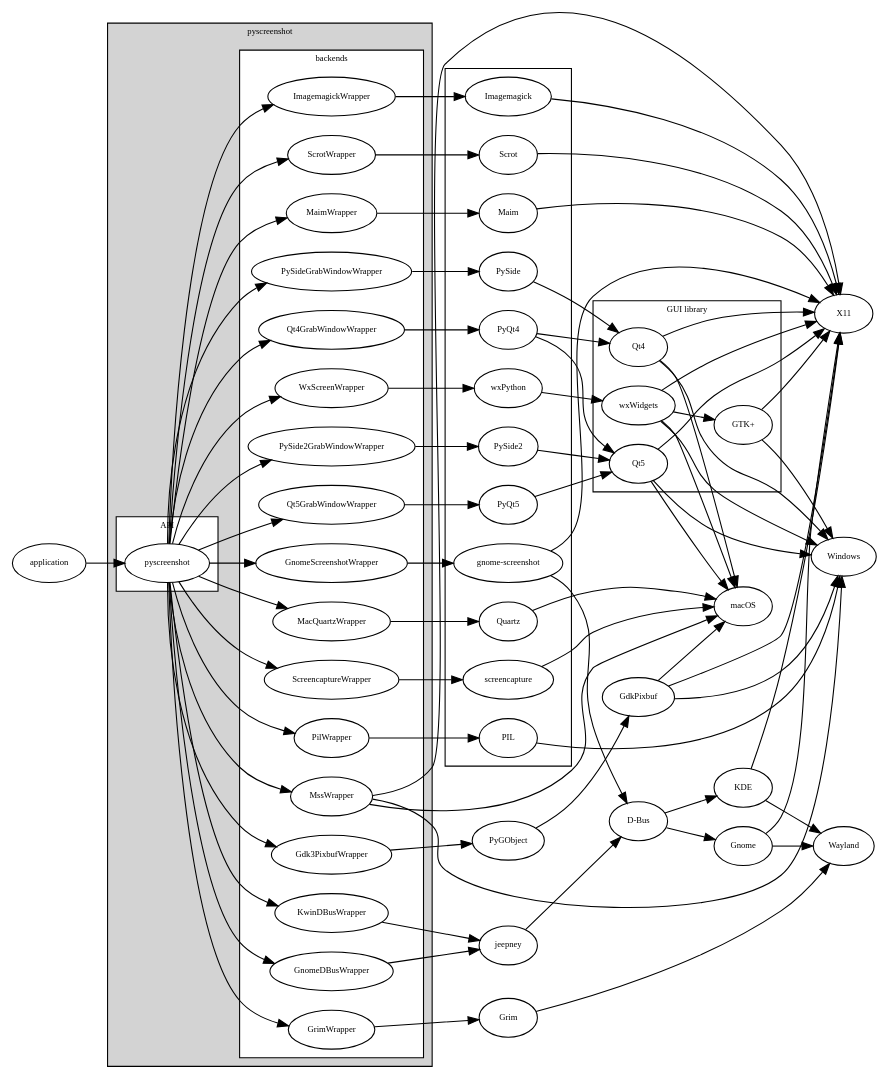
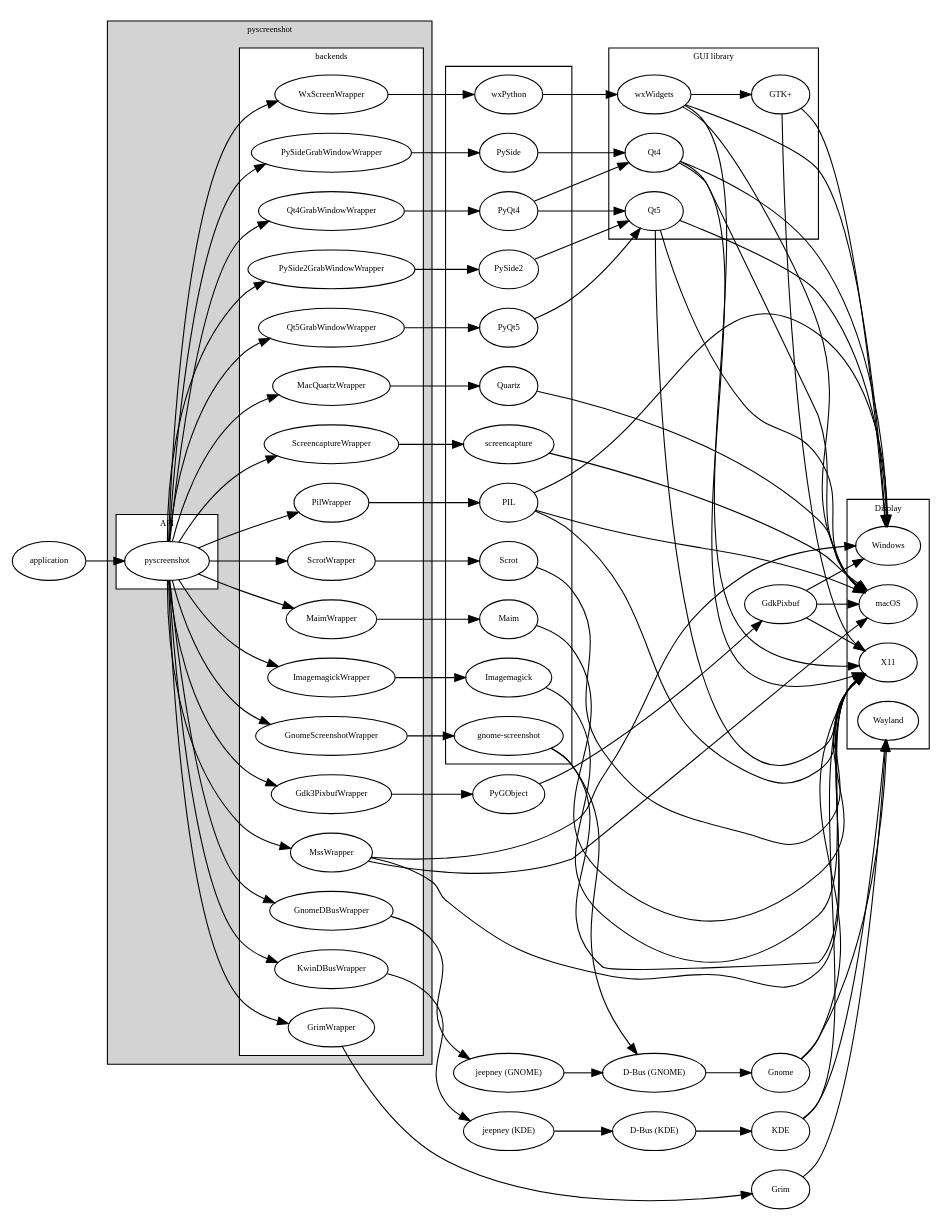
Before and after one commit to ponty/pyscreenshot: the diagram in doc/hierarchy.dot, drawn with Graphviz.

Commit message:
doc: fix hierarchy

```diff
--- a/doc/hierarchy.dot
+++ b/doc/hierarchy.dot
@@ -1,124 +1,133 @@
 digraph G {
     rankdir=LR;
     node [fontsize=8];
     fontsize=8;
 
     subgraph cluster_0 {
         label = "pyscreenshot";
         style=filled;
         fillcolor=lightgrey;
         subgraph cluster_1 {
             label = "API";
             style=filled;
             fillcolor=white;
 
             pyscreenshot;
         }
         subgraph cluster_2 {
             style=filled;
             fillcolor=white;
             label = "backends";
 
             pyscreenshot -> Qt4GrabWindowWrapper;
             pyscreenshot -> Qt5GrabWindowWrapper;
             pyscreenshot -> PySideGrabWindowWrapper;
             pyscreenshot -> PySide2GrabWindowWrapper;
             pyscreenshot -> PilWrapper;
             pyscreenshot -> ImagemagickWrapper;
             pyscreenshot -> WxScreenWrapper;
             pyscreenshot -> ScrotWrapper;
             pyscreenshot -> MaimWrapper;
             pyscreenshot -> MacQuartzWrapper
             pyscreenshot -> ScreencaptureWrapper
             pyscreenshot -> Gdk3PixbufWrapper
             pyscreenshot -> GnomeScreenshotWrapper
             pyscreenshot -> GnomeDBusWrapper
             pyscreenshot -> KwinDBusWrapper
             pyscreenshot -> MssWrapper
             pyscreenshot -> GrimWrapper;
         }
     }
     subgraph cluster_3 {
         PIL;
         wxPython;
         PyQt4;
         PyQt5;
         PySide;
         PySide2;
         screencapture;
         Quartz;
         Scrot;
         Maim;
         Imagemagick;
         "gnome-screenshot";
     }
     subgraph cluster_4 {
         label = "GUI library";
         Qt4;
         Qt5;
         wxWidgets;
         "GTK+";
     }
-
+    subgraph cluster_5 {
+        label = "Display";
+        Windows;
+        macOS;
+        X11;
+        Wayland;
+    }
     Qt4GrabWindowWrapper -> PyQt4 -> Qt4;
     PyQt4 -> Qt5;
     Qt5GrabWindowWrapper -> PyQt5 -> Qt5;
     PySideGrabWindowWrapper -> PySide -> Qt4;
     PySide2GrabWindowWrapper -> PySide2 -> Qt5;
     
     Qt4 -> macOS;
     Qt4 -> Windows;
     Qt4 -> X11;
     Qt5 -> macOS;
     Qt5 -> Windows;
     Qt5 -> X11;
 
     PilWrapper -> PIL -> Windows;
+    PIL -> macOS;
+    PIL -> X11;
     ImagemagickWrapper -> Imagemagick -> X11;
     ScrotWrapper -> Scrot -> X11;
     MaimWrapper -> Maim -> X11;
 
     Gnome -> Wayland;
     Gnome -> X11;
     KDE -> Wayland;
     KDE -> X11;
 
-    "D-Bus" -> Gnome;
-    "D-Bus" -> KDE;
+    "D-Bus (GNOME)" -> Gnome;
+    "D-Bus (KDE)" -> KDE;
 
-    jeepney-> "D-Bus";
+    "jeepney (GNOME)"-> "D-Bus (GNOME)";
+    "jeepney (KDE)"-> "D-Bus (KDE)";
 
     GnomeScreenshotWrapper -> "gnome-screenshot";
     "gnome-screenshot" -> X11;
-    "gnome-screenshot" -> "D-Bus";
+    "gnome-screenshot" -> "D-Bus (GNOME)";
 
-    GnomeDBusWrapper -> jeepney;
-    KwinDBusWrapper -> jeepney;
+    GnomeDBusWrapper -> "jeepney (GNOME)";
+    KwinDBusWrapper -> "jeepney (KDE)";
 
     //"GTK+" -> macOS;
     "GTK+" -> Windows;
     "GTK+" -> X11;
 
     Gdk3PixbufWrapper -> PyGObject -> GdkPixbuf;
     GdkPixbuf -> macOS;
     GdkPixbuf -> Windows;
     GdkPixbuf -> X11;
 
     WxScreenWrapper -> wxPython -> wxWidgets;
     wxWidgets -> "GTK+";
     wxWidgets -> macOS;
     wxWidgets -> Windows;
     wxWidgets -> X11;
 
     MacQuartzWrapper -> Quartz -> macOS;
     ScreencaptureWrapper -> screencapture -> macOS;
 
     MssWrapper -> X11;
     MssWrapper -> macOS;
     MssWrapper -> Windows;
 
     GrimWrapper -> Grim -> Wayland
 
     application -> pyscreenshot;
 
 }
```
